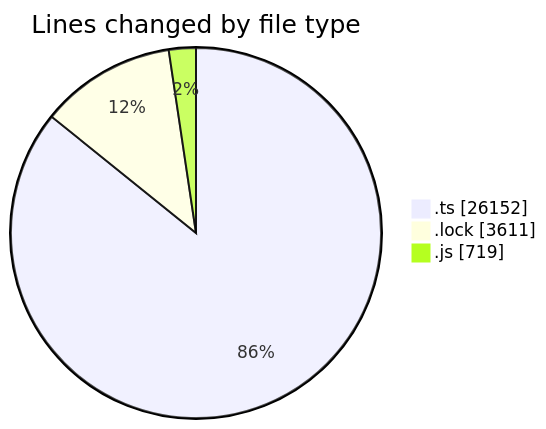
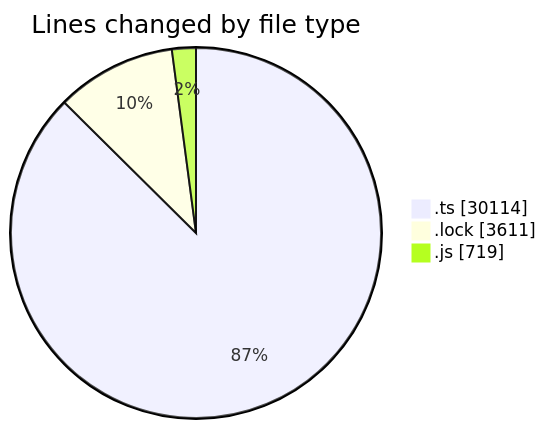
One commit to momahboobian/code-tracking changed the first of 2 diagrams in 2025-05-30/cda/README.md. Above: the diagram before and after it, drawn with Mermaid. The commit also changed other lines of this file and 1 other file, not shown here.

````diff
--- a/2025-05-30/cda/README.md
+++ b/2025-05-30/cda/README.md
@@ -35,7 +35,7 @@
 ```mermaid
 pie showData
 title Lines changed by file type
-".ts" : 26152
+".ts" : 30114
 ".lock" : 3611
 ".js" : 719
 ```
````
